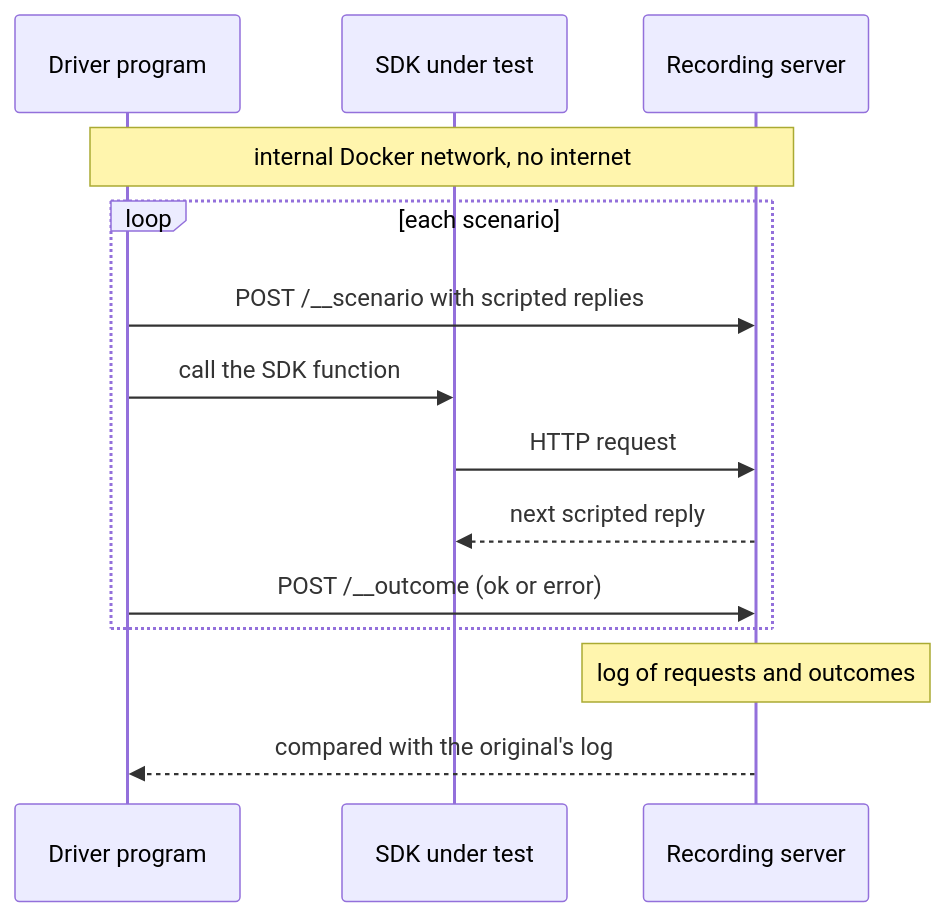
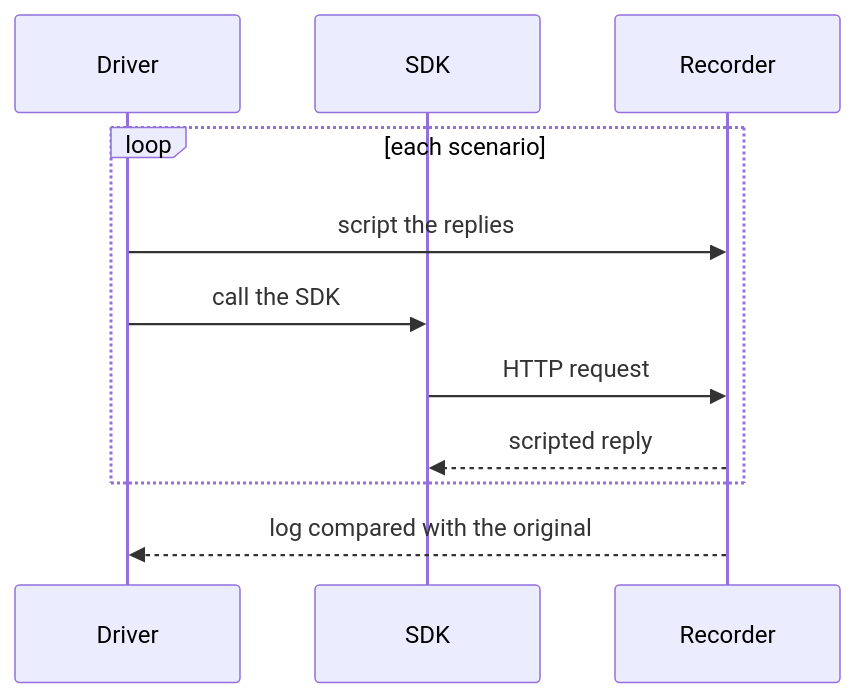
Before and after one commit to phoscoder/sdk-forger: the sixth of 6 diagrams in README.md, drawn with Mermaid. The commit also changed other lines of this file, not shown here.

Commit message:
docs: simplify the README diagrams

````diff
--- a/README.md
+++ b/README.md
@@ -185,16 +147,13 @@
 ```mermaid
 sequenceDiagram
-    participant D as Driver program
-    participant S as SDK under test
-    participant R as Recording server
-    Note over D,R: internal Docker network, no internet
+    participant D as Driver
+    participant S as SDK
+    participant R as Recorder
     loop each scenario
-        D->>R: POST /__scenario with scripted replies
-        D->>S: call the SDK function
+        D->>R: script the replies
+        D->>S: call the SDK
         S->>R: HTTP request
-        R-->>S: next scripted reply
-        D->>R: POST /__outcome (ok or error)
+        R-->>S: scripted reply
     end
-    Note over R: log of requests and outcomes
-    R-->>D: compared with the original's log
+    R-->>D: log compared with the original
 ```
````
